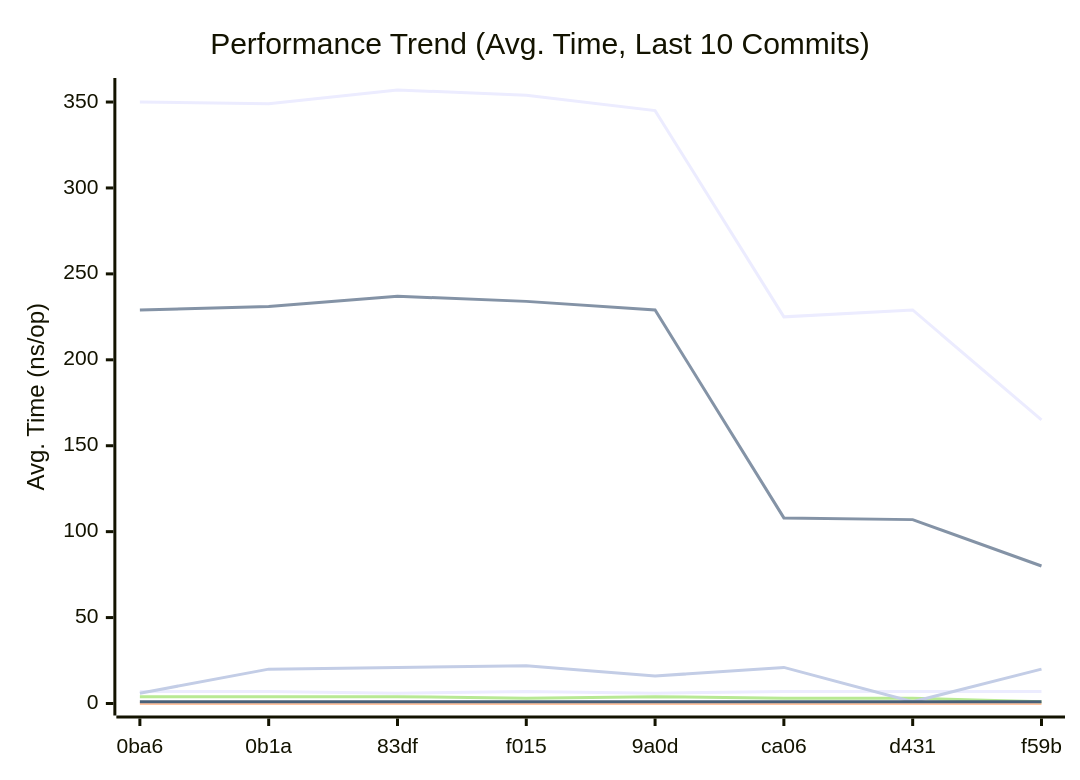
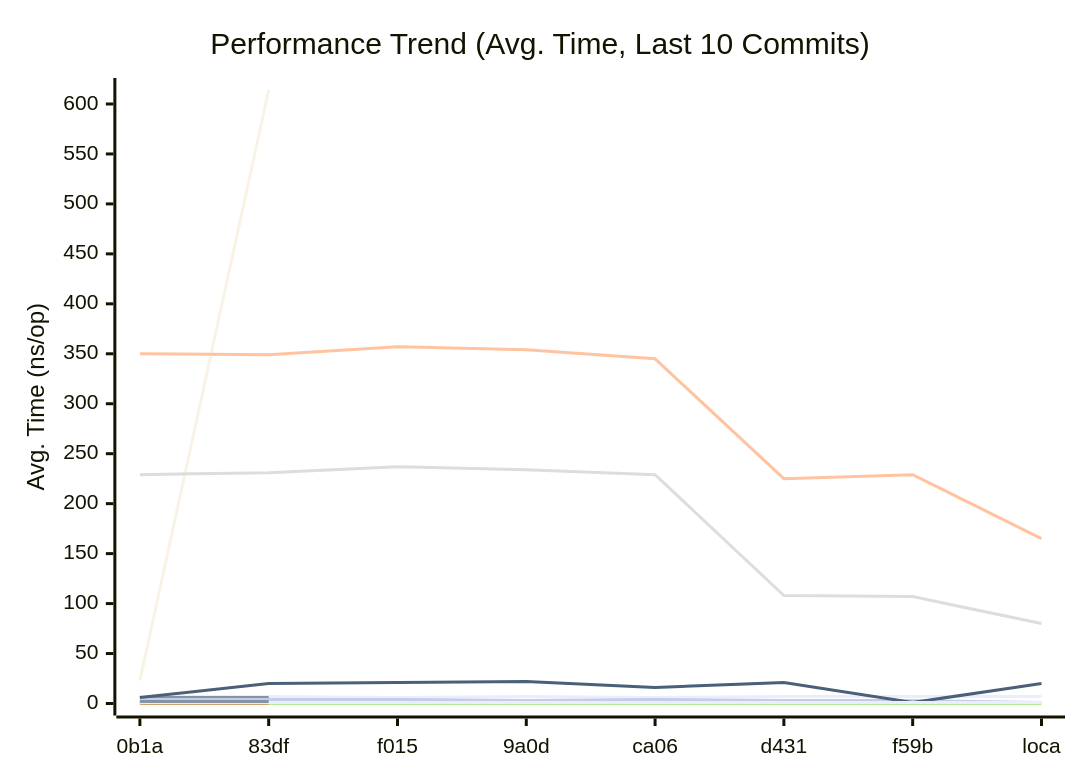
Before and after one commit to alsotoes/momo: the first of 3 diagrams in docs/PERFORMANCE.md, drawn with Mermaid. The commit also changed other lines of this file and 3 other files, not shown here.

````diff
--- a/docs/PERFORMANCE.md
+++ b/docs/PERFORMANCE.md
@@ -67,19 +78,21 @@
 ```mermaid
 xychart-beta
     title "Performance Trend (Avg. Time, Last 10 Commits)"
     x-axis "Commit"
     y-axis "Avg. Time (ns/op)"
-    x-axis [0ba6,0b1a,83df,f015,9a0d,ca06,d431,f59b]
+    x-axis [0b1a,83df,f015,9a0d,ca06,d431,f59b,loca]
     line "CheckMetricsAndSwap" [7,7,6,7,6,7,7,7,5,5]
-    line "CheckMetricsAndSwap" [6]
+    line "CheckMetricsAndSwap" [6,6]
+    line "CrushOptimized" [256]
+    line "CrushOriginal" [363]
     line "IndexDirectTracking" [0,0,0,0,0,0,0,0,0,0]
-    line "IndexDirectTracking" [0]
+    line "IndexDirectTracking" [0,0]
     line "IndexSearch" [4,4,4,3,4,3,3,1,1,1]
-    line "IndexSearch" [1]
+    line "IndexSearch" [1,1]
     line "LoadGlobalConfig" [6,20,21,22,16,21,1,20,22,1]
-    line "LoadGlobalConfig" [23]
+    line "LoadGlobalConfig" [23,614]
     line "PadString" [1,1,1,1,1,1,1,1,1,1]
-    line "PadString" [2]
+    line "PadString" [2,2]
     line "ParseReplicationOrder_NoPrealloc" [350,349,357,354,345,225,229,165,232,234]
     line "ParseReplicationOrder_Prealloc" [229,231,237,234,229,108,107,80,110,109]
 ```
````
